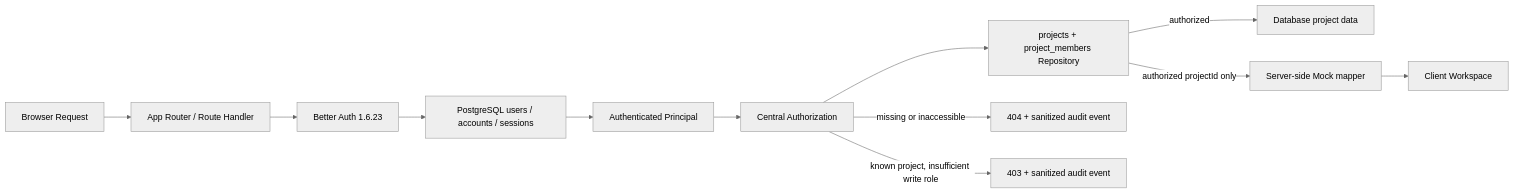
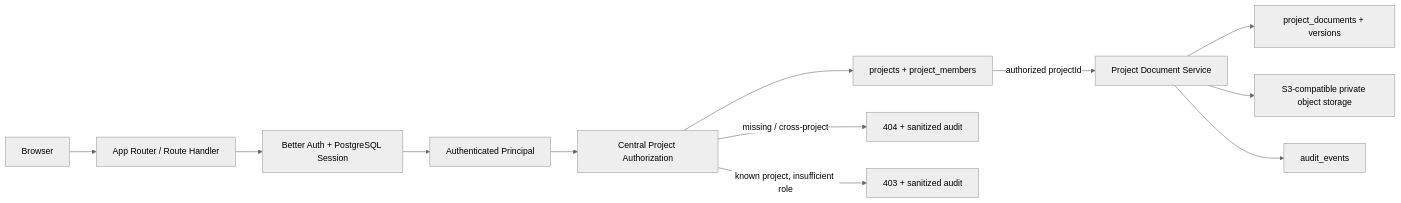
Before and after one commit to 27ruien/ProjectAI: the first of 3 diagrams in docs/ARCHITECTURE.md, drawn with Mermaid (neutral theme). The commit also changed other lines of this file and 80 other files, not shown here.

First line of the commit message:
Add project file storage foundation

````diff
--- a/docs/ARCHITECTURE.md
+++ b/docs/ARCHITECTURE.md
@@ -5,14 +5,14 @@
 ```mermaid
 flowchart LR
-  A["Browser Request"] --> B["App Router / Route Handler"]
-  B --> C["Better Auth 1.6.23"]
-  C --> D["PostgreSQL users / accounts / sessions"]
-  D --> E["Authenticated Principal"]
-  E --> F["Central Authorization"]
-  F --> G["projects + project_members Repository"]
-  G -->|"authorized"| H["Database project data"]
-  G -->|"authorized projectId only"| I["Server-side Mock mapper"]
-  I --> J["Client Workspace"]
-  F -->|"missing or inaccessible"| K["404 + sanitized audit event"]
-  F -->|"known project, insufficient write role"| L["403 + sanitized audit event"]
+  A["Browser"] --> B["App Router / Route Handler"]
+  B --> C["Better Auth + PostgreSQL Session"]
+  C --> D["Authenticated Principal"]
+  D --> E["Central Project Authorization"]
+  E --> F["projects + project_members"]
+  F -->|"authorized projectId"| G["Project Document Service"]
+  G --> H["project_documents + versions"]
+  G --> I["S3-compatible private object storage"]
+  G --> J["audit_events"]
+  E -->|"missing / cross-project"| K["404 + sanitized audit"]
+  E -->|"known project, insufficient role"| L["403 + sanitized audit"]
 ```
````
